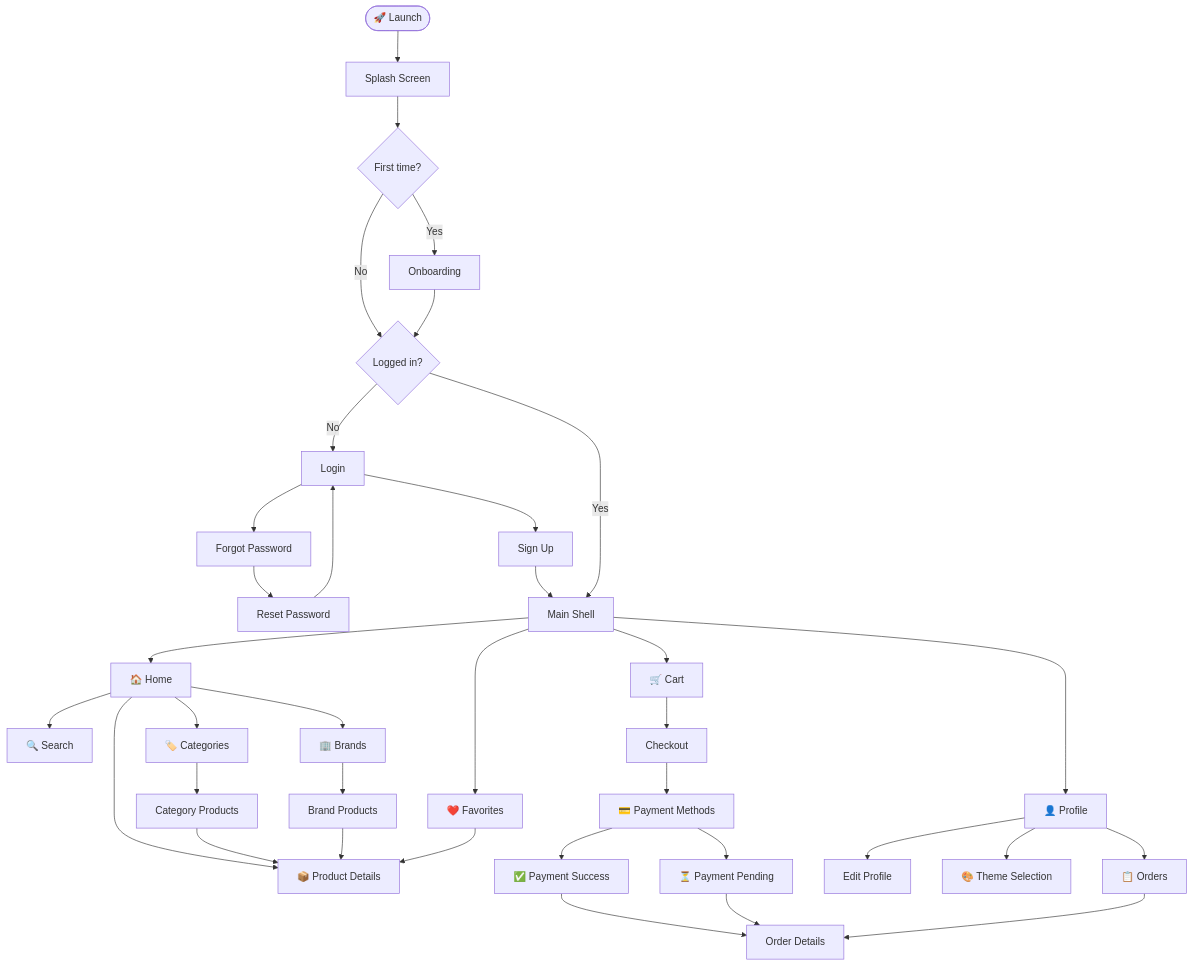
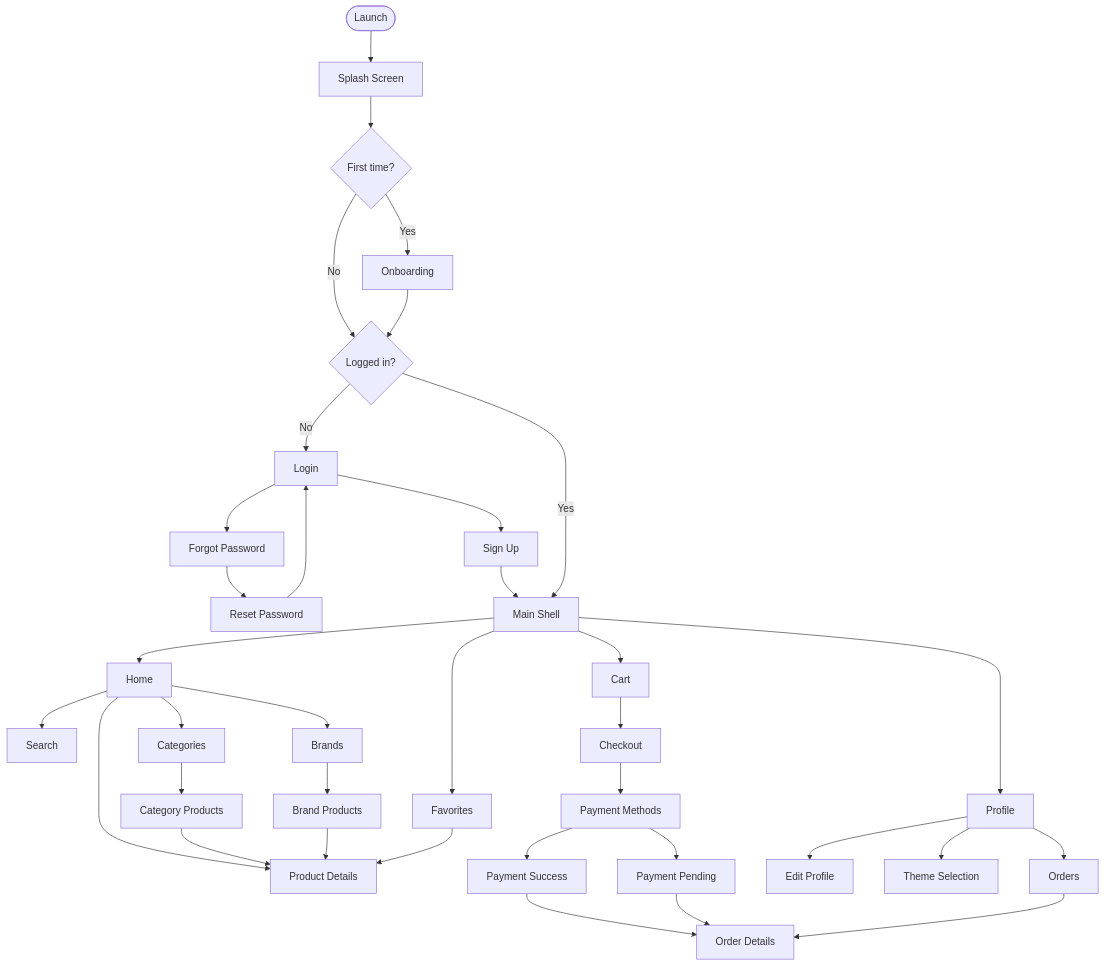
Before and after one commit to Eslam-Hossam1/marketi: the second of 2 diagrams in README.md, drawn with Mermaid.

Commit message:
Remove emojis from README navigation flowchart

````diff
--- a/README.md
+++ b/README.md
@@ -428,43 +428,43 @@
 ```mermaid
 flowchart TD
-    A([🚀 Launch]) --> B[Splash Screen]
+    A([Launch]) --> B[Splash Screen]
     B --> C{First time?}
     C -- Yes --> D[Onboarding]
     C -- No --> E{Logged in?}
     D --> E
     E -- No --> F[Login]
     F --> G[Sign Up]
     F --> H[Forgot Password]
     H --> I[Reset Password]
     I --> F
     G --> J
     E -- Yes --> J
 
-    J[Main Shell] --> K[🏠 Home]
-    J --> L[🛒 Cart]
-    J --> M[❤️ Favorites]
-    J --> N[👤 Profile]
+    J[Main Shell] --> K[Home]
+    J --> L[Cart]
+    J --> M[Favorites]
+    J --> N[Profile]
 
-    K --> O[🔍 Search]
-    K --> P[📦 Product Details]
-    K --> Q[🏷️ Categories]
-    K --> R[🏢 Brands]
+    K --> O[Search]
+    K --> P[Product Details]
+    K --> Q[Categories]
+    K --> R[Brands]
 
     Q --> S[Category Products]
     R --> T[Brand Products]
     S --> P
     T --> P
     M --> P
 
     L --> U[Checkout]
-    U --> V[💳 Payment Methods]
-    V --> W[✅ Payment Success]
-    V --> X[⏳ Payment Pending]
+    U --> V[Payment Methods]
+    V --> W[Payment Success]
+    V --> X[Payment Pending]
     W --> Y[Order Details]
     X --> Y
 
     N --> Z[Edit Profile]
-    N --> AA[🎨 Theme Selection]
-    N --> AB[📋 Orders]
+    N --> AA[Theme Selection]
+    N --> AB[Orders]
     AB --> Y
 ```
````
